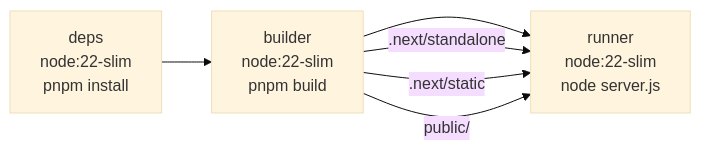
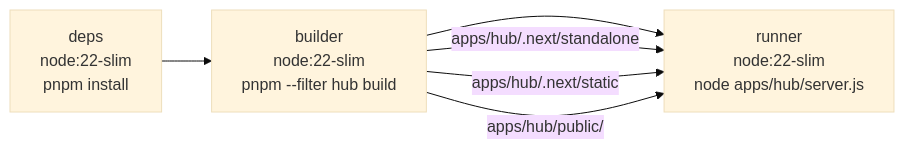
One commit to LuigiEspinosa/cuatro-portfolio changed the first of 3 diagrams in README.md. Above: the diagram before and after it, drawn with Mermaid (base theme). The commit also changed other lines of this file and 159 other files, not shown here.

Commit message:
feat(3-2): move the Hub to apps/hub as the workspace hub, rewrite the AD-20 files and every path that names it, and hold every pnpm script a workflow runs to its manifest (DW-252)

````diff
--- a/README.md
+++ b/README.md
@@ -52,8 +55,8 @@
 ```mermaid
 flowchart LR
-    A[deps<br/>node:22-slim<br/>pnpm install] --> B[builder<br/>node:22-slim<br/>pnpm build]
-    B --> C[runner<br/>node:22-slim<br/>node server.js]
-    B -- .next/standalone --> C
-    B -- .next/static --> C
-    B -- public/ --> C
+    A[deps<br/>node:22-slim<br/>pnpm install] --> B[builder<br/>node:22-slim<br/>pnpm --filter hub build]
+    B --> C[runner<br/>node:22-slim<br/>node apps/hub/server.js]
+    B -- apps/hub/.next/standalone --> C
+    B -- apps/hub/.next/static --> C
+    B -- apps/hub/public/ --> C
 ```
````
